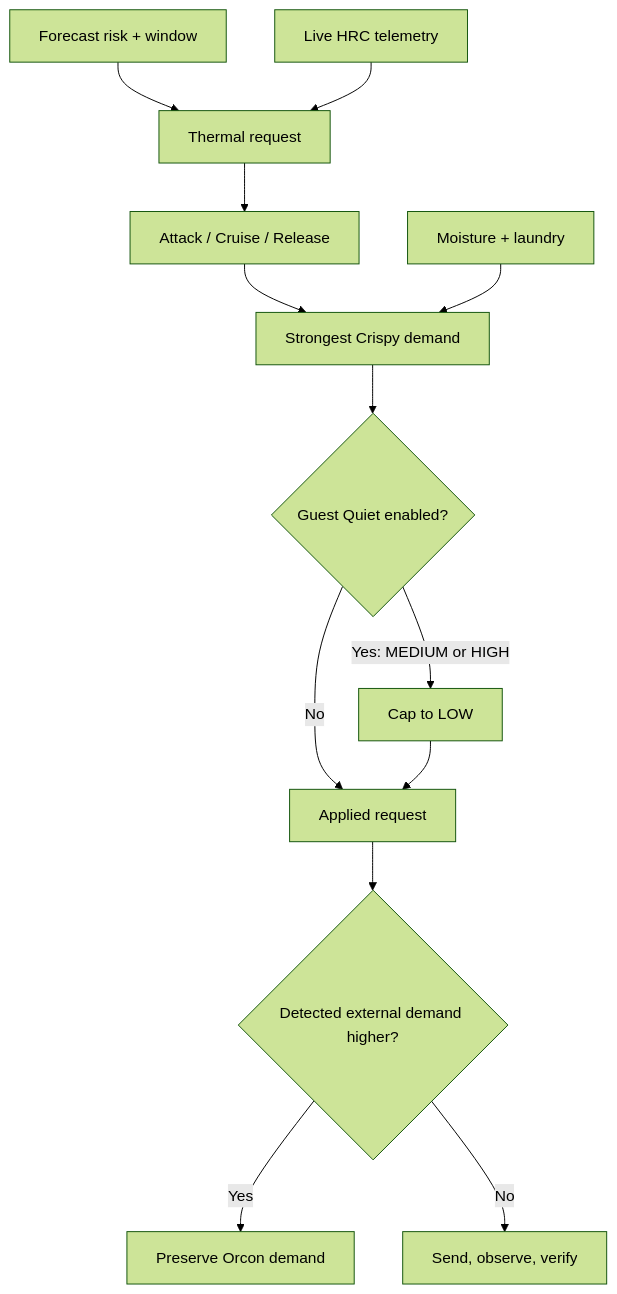
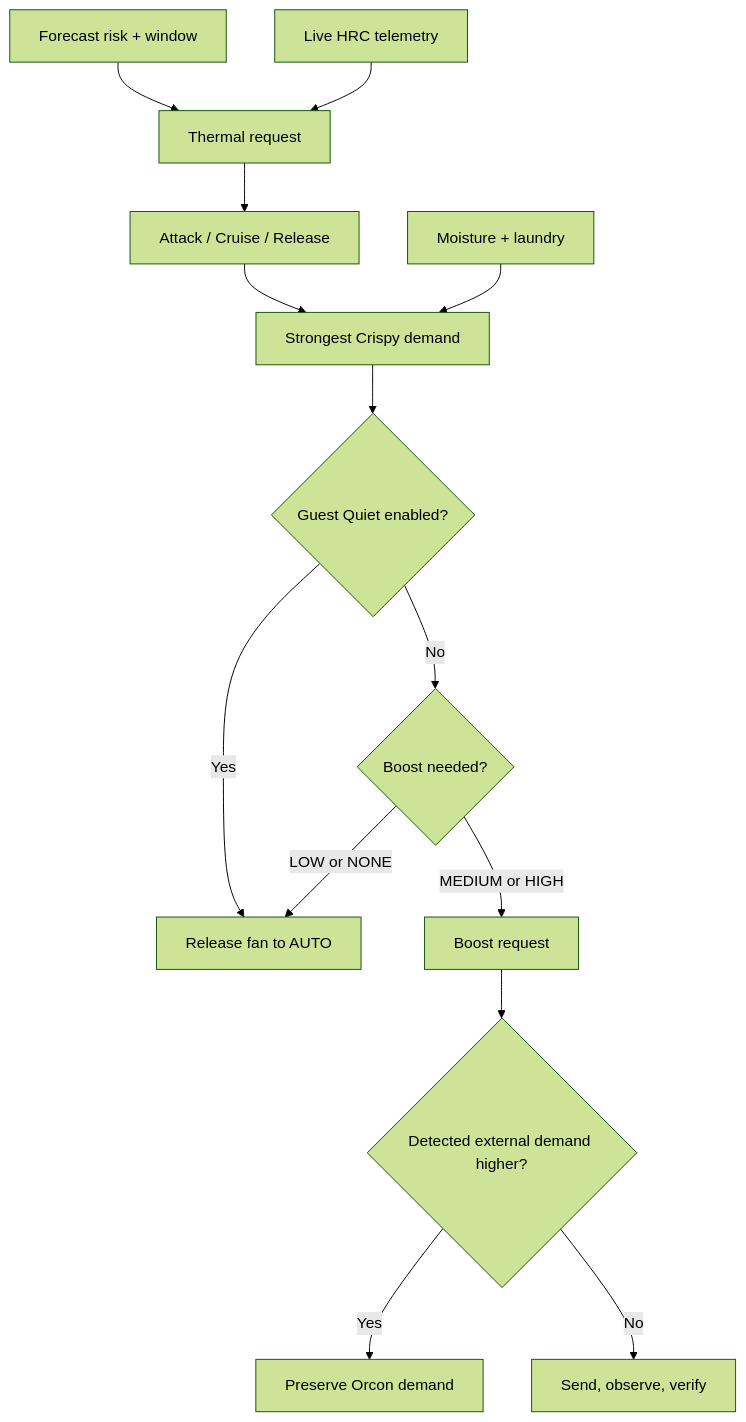
The second of 3 diagrams in README.md (Sidlegionair/crispy), drawn with Mermaid (forest theme) before and after one commit. The commit also changed other lines of this file and 3 other files, not shown here.

Commit message:
Release automatic low and quiet fan demand to native AUTO

````diff
--- a/README.md
+++ b/README.md
@@ -35,15 +35,16 @@
 ```mermaid
 flowchart TD
     F["Forecast risk + window"] --> T["Thermal request"]
     H["Live HRC telemetry"] --> T
     T --> P["Attack / Cruise / Release"]
     P --> A["Strongest Crispy demand"]
     M["Moisture + laundry"] --> A
     A --> Q{"Guest Quiet enabled?"}
-    Q -->|No| R["Applied request"]
-    Q -->|"Yes: MEDIUM or HIGH"| C["Cap to LOW"]
-    C --> R
+    Q -->|Yes| C["Release fan to AUTO"]
+    Q -->|No| B{"Boost needed?"}
+    B -->|"LOW or NONE"| C
+    B -->|"MEDIUM or HIGH"| R["Boost request"]
     R --> E{"Detected external demand higher?"}
     E -->|Yes| V["Preserve Orcon demand"]
     E -->|No| X["Send, observe, verify"]
 ```
````
